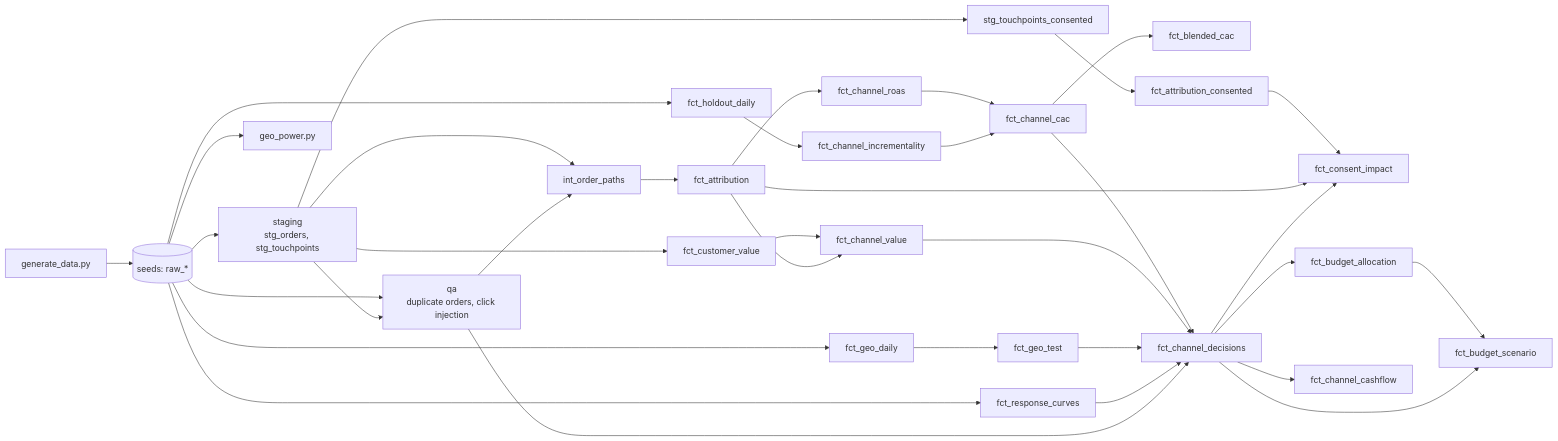
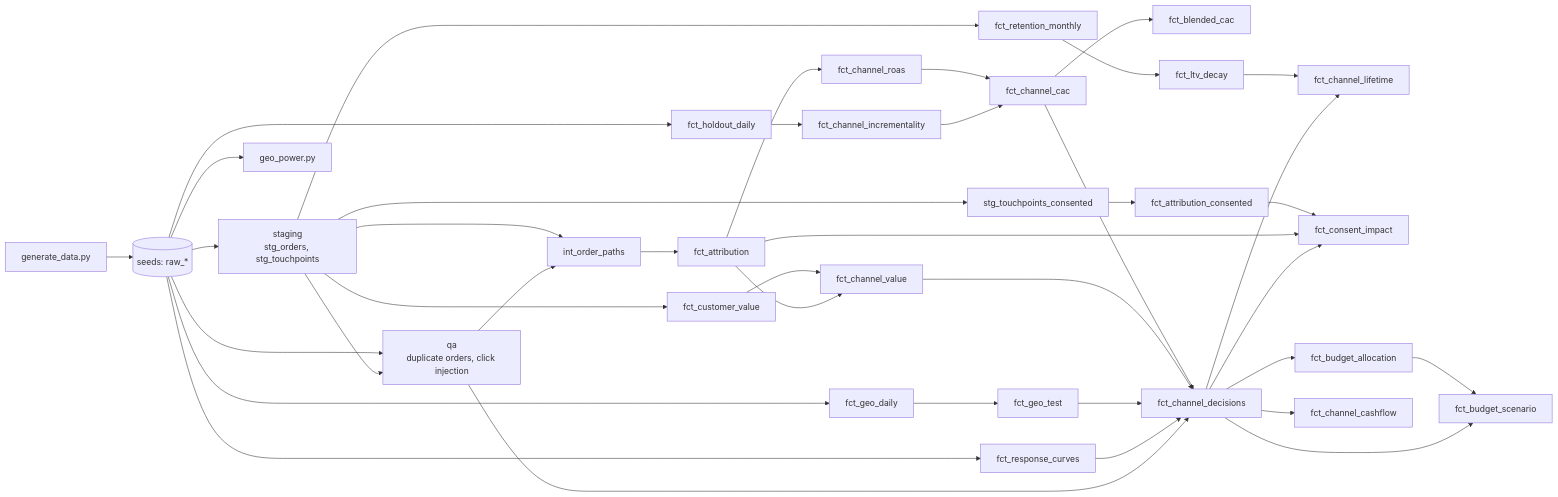
One commit to predkiewicz/marketing-measurement-lab changed the diagram in README.md. Above: the diagram before and after it, drawn with Mermaid. The commit also changed other lines of this file and 10 other files, not shown here.

First line of the commit message:
Lifetime value beyond 180 days: censored retention, shared decay

````diff
--- a/README.md
+++ b/README.md
@@ -43,29 +43,31 @@
 ```mermaid
 flowchart LR
     gen[generate_data.py] --> raw[("seeds: raw_*")]
     raw --> stg[staging<br/>stg_orders, stg_touchpoints]
     raw --> qa[qa<br/>duplicate orders, click injection]
     stg --> qa
     stg --> paths[int_order_paths]
     qa --> paths
     paths --> attr[fct_attribution] --> roas[fct_channel_roas]
     raw --> hold[fct_holdout_daily] --> incr[fct_channel_incrementality]
     raw --> curves[fct_response_curves]
     roas --> cac[fct_channel_cac]
     incr --> cac --> blended[fct_blended_cac]
     stg --> value[fct_customer_value] --> chval[fct_channel_value]
+    stg --> ret[fct_retention_monthly] --> decay[fct_ltv_decay] --> life[fct_channel_lifetime]
+    dec --> life
     attr --> chval
     raw --> geo[fct_geo_daily] --> geotest[fct_geo_test]
     cac --> dec[fct_channel_decisions]
     chval --> dec
     geotest --> dec
     curves --> dec
     qa --> dec
     stg --> cons[stg_touchpoints_consented] --> attrc[fct_attribution_consented] --> consent[fct_consent_impact]
     attr --> consent
     dec --> consent
     dec --> alloc[fct_budget_allocation] --> plan[fct_budget_scenario]
     dec --> plan
     dec --> cash[fct_channel_cashflow]
     raw --> power[geo_power.py]
 ```
````
